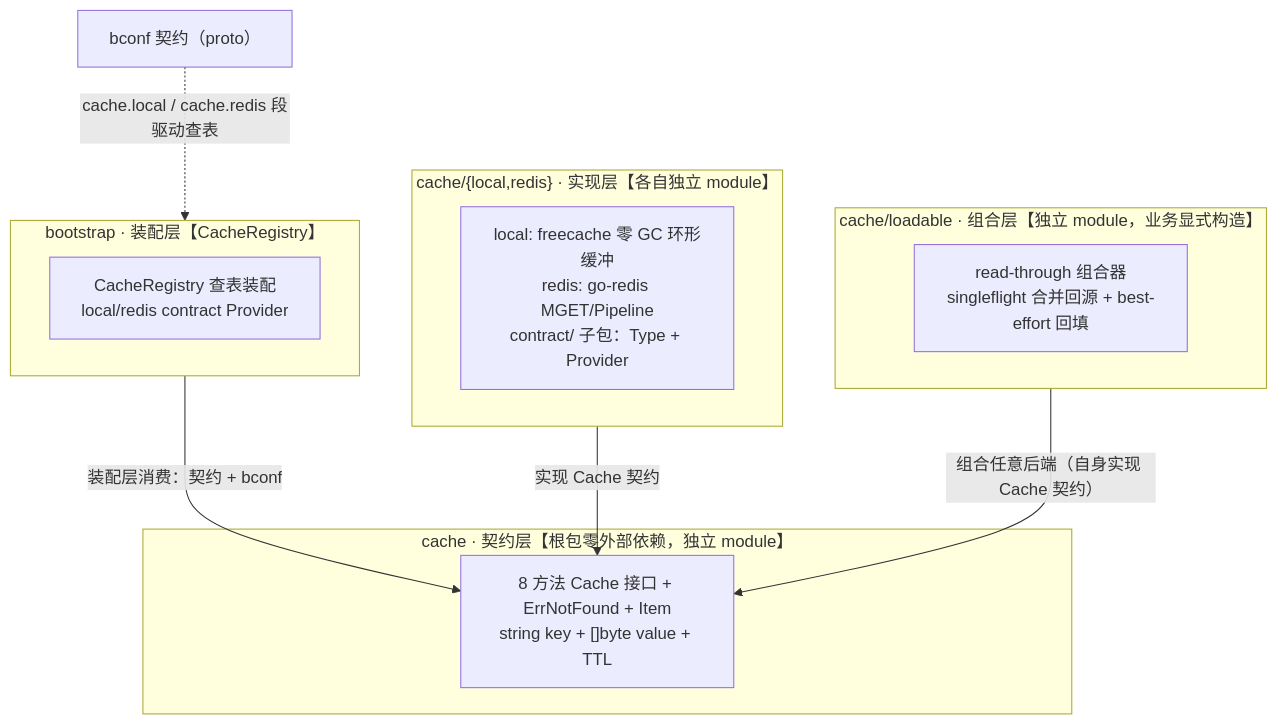
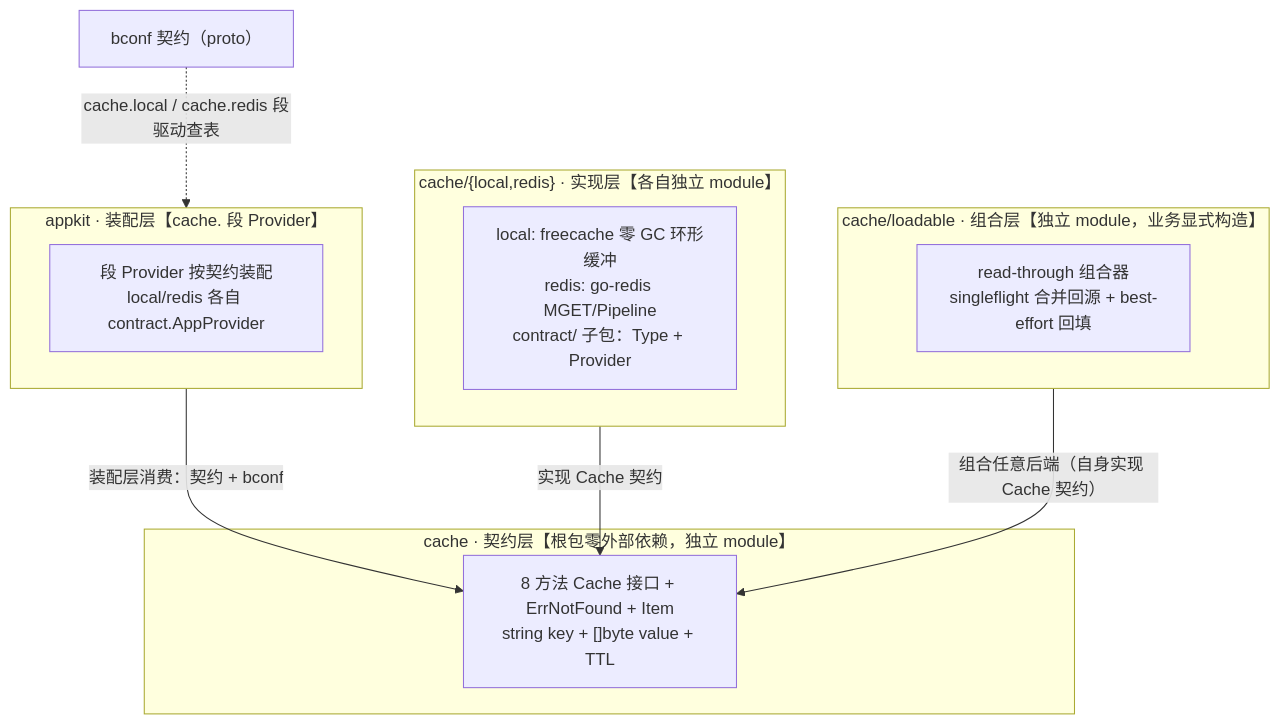
One commit to kalandramo/bald changed the diagram in docs/devel/zh-CN/Bald 缓存设计.md. Above: the diagram before and after it, drawn with Mermaid. The commit also changed other lines of this file and 70 other files, not shown here.

````diff
--- a/docs/devel/zh-CN/Bald 缓存设计.md
+++ b/docs/devel/zh-CN/Bald 缓存设计.md
@@ -51,25 +51,25 @@
 ```mermaid
 flowchart TB
-    subgraph BOOT["bootstrap · 装配层【CacheRegistry】"]
-        REG["CacheRegistry 查表装配<br/>local/redis contract Provider"]
+    subgraph BOOT["appkit · 装配层【cache.<backend> 段 Provider】"]
+        REG["段 Provider 按契约装配<br/>local/redis 各自 contract.AppProvider"]
     end
 
     subgraph COMB["cache/loadable · 组合层【独立 module，业务显式构造】"]
         LD["read-through 组合器<br/>singleflight 合并回源 + best-effort 回填"]
     end
 
     subgraph BACKEND["cache/{local,redis} · 实现层【各自独立 module】"]
         BK["local: freecache 零 GC 环形缓冲<br/>redis: go-redis MGET/Pipeline<br/>contract/ 子包：Type + Provider"]
     end
 
     subgraph CORE["cache · 契约层【根包零外部依赖，独立 module】"]
         CC["8 方法 Cache 接口 + ErrNotFound + Item<br/>string key + []byte value + TTL"]
     end
 
     BCONF["bconf 契约（proto）"]
 
     BOOT -->|"装配层消费：契约 + bconf"| CC
     BACKEND -->|"实现 Cache 契约"| CC
     COMB -->|"组合任意后端（自身实现 Cache 契约）"| CC
     BCONF -.->|"cache.local / cache.redis 段驱动查表"| BOOT
 ```
````
